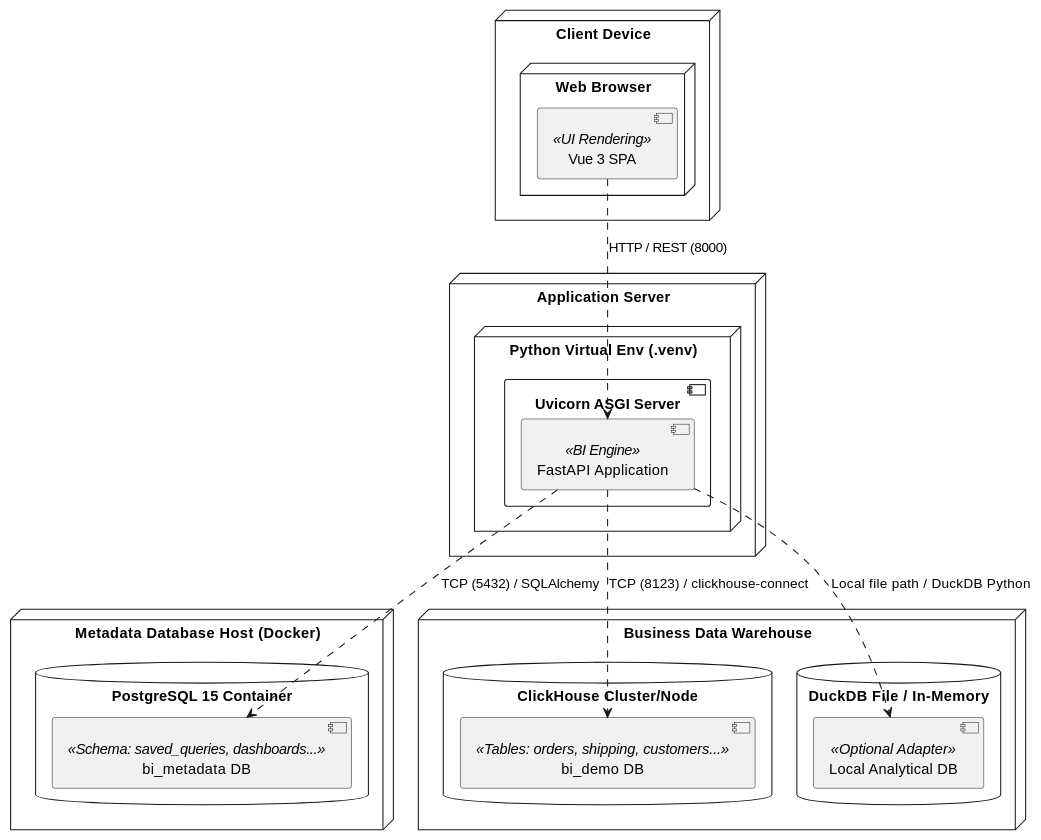
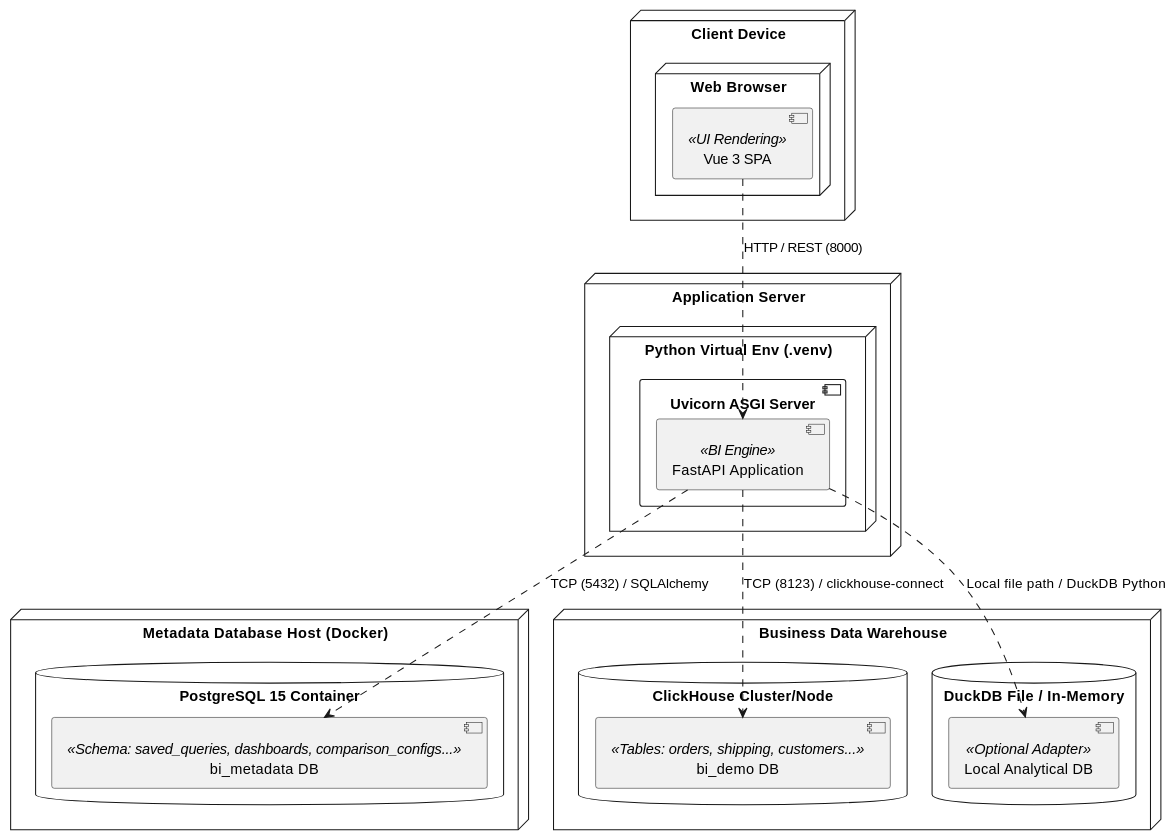
Before and after one commit to Percy-m/data_search: the sixth of 6 diagrams in 4_plus_1_views.md, drawn with PlantUML. The commit also changed other lines of this file and 23 other files, not shown here.

````diff
--- a/4_plus_1_views.md
+++ b/4_plus_1_views.md
@@ -218,38 +262,38 @@
 ```plantuml
 @startuml
 node "Client Device" {
   node "Web Browser" {
     [Vue 3 SPA] << UI Rendering >>
   }
 }
 
 node "Application Server" {
   node "Python Virtual Env (.venv)" {
     component "Uvicorn ASGI Server" {
       [FastAPI Application] << BI Engine >>
     }
   }
 }
 
 node "Metadata Database Host (Docker)" {
   database "PostgreSQL 15 Container" {
-    [bi_metadata DB] << Schema: saved_queries, dashboards... >>
+    [bi_metadata DB] << Schema: saved_queries, dashboards, comparison_configs... >>
   }
 }
 
 node "Business Data Warehouse" {
   database "ClickHouse Cluster/Node" {
     [bi_demo DB] << Tables: orders, shipping, customers... >>
   }
   database "DuckDB File / In-Memory" {
     [Local Analytical DB] << Optional Adapter >>
   }
 }
 
 [Vue 3 SPA] ..> [FastAPI Application] : HTTP / REST (8000)
 [FastAPI Application] ..> [bi_metadata DB] : TCP (5432) / SQLAlchemy
 [FastAPI Application] ..> [bi_demo DB] : TCP (8123) / clickhouse-connect
 [FastAPI Application] ..> [Local Analytical DB] : Local file path / DuckDB Python
 
 @enduml
 ```
````
